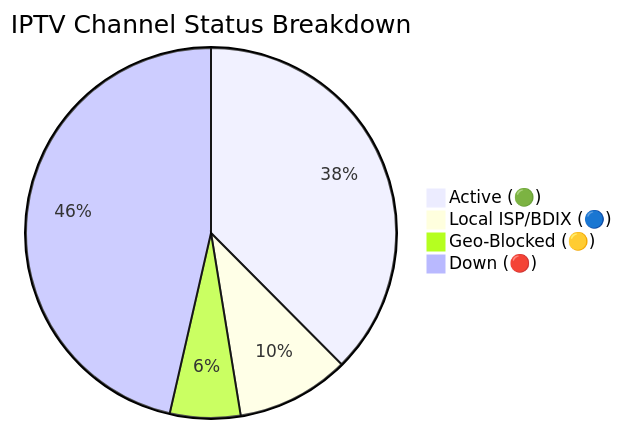
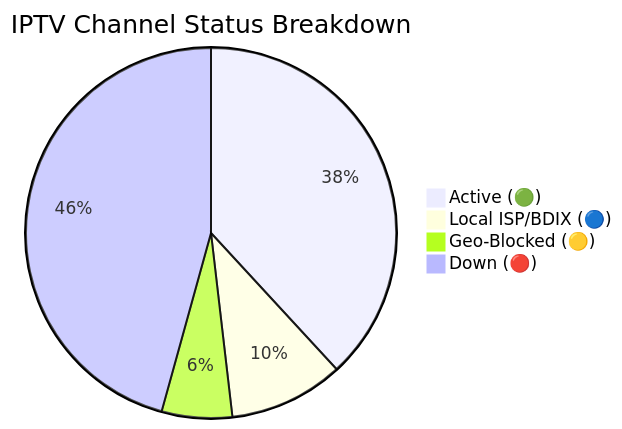
Before and after one commit to andreataylord/Ip-tv-Collection: the diagram in README.md, drawn with Mermaid. The commit also changed other lines of this file and 3 other files, not shown here.

````diff
--- a/README.md
+++ b/README.md
@@ -59,7 +59,7 @@
 ```mermaid
 pie title IPTV Channel Status Breakdown
-    "Active (🟢)" : 2966
-    "Local ISP/BDIX (🔵)" : 781
-    "Geo-Blocked (🟡)" : 486
-    "Down (🔴)" : 3667
+    "Active (🟢)" : 3004
+    "Local ISP/BDIX (🔵)" : 788
+    "Geo-Blocked (🟡)" : 484
+    "Down (🔴)" : 3599
 ```
````
